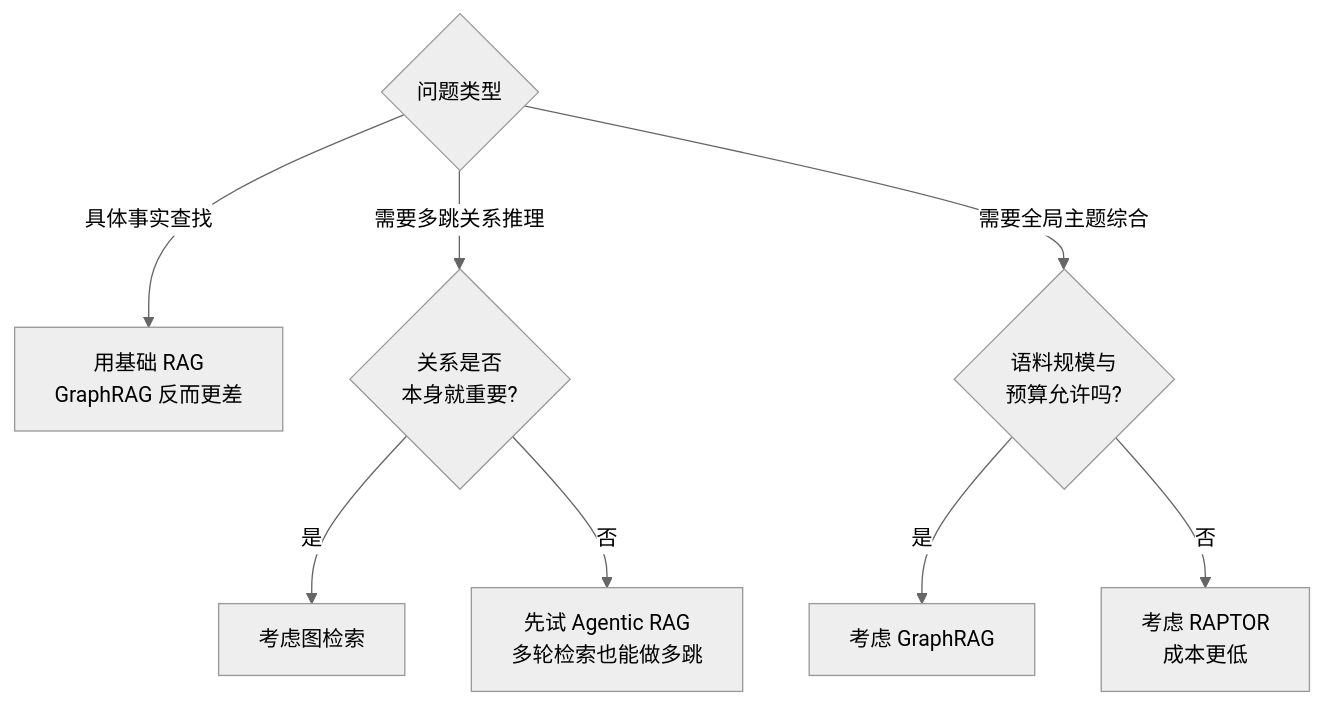
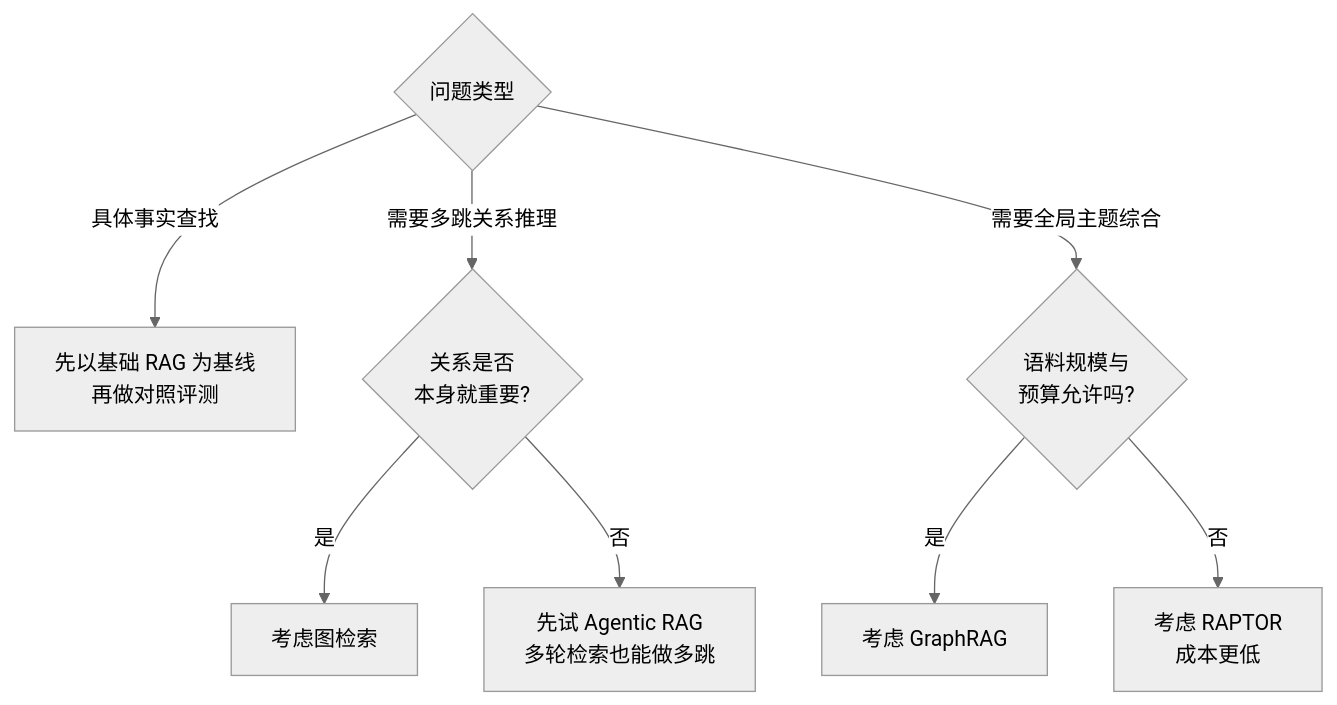
One commit to oneleaveknowsthefall/awesome-ai-roadmap changed the third of 3 diagrams in docs/rag/16-graphrag.md. Above: the diagram before and after it, drawn with Mermaid (neutral theme). The commit also changed other lines of this file and 77 other files, not shown here.

Commit message:
docs: audit and modernize the AI roadmap

````diff
--- a/docs/rag/16-graphrag.md
+++ b/docs/rag/16-graphrag.md
@@ -118,10 +118,10 @@
 ```mermaid
 flowchart TB
-    S{问题类型} -->|具体事实查找| NO[用基础 RAG<br/>GraphRAG 反而更差]
+    S{问题类型} -->|具体事实查找| NO[先以基础 RAG 为基线<br/>再做对照评测]
     S -->|需要多跳关系推理| M{关系是否<br/>本身就重要?}
     S -->|需要全局主题综合| G{语料规模与<br/>预算允许吗?}
     M -->|是| YES1[考虑图检索]
     M -->|否| ALT[先试 Agentic RAG<br/>多轮检索也能做多跳]
     G -->|是| YES2[考虑 GraphRAG]
     G -->|否| ALT2[考虑 RAPTOR<br/>成本更低]
 ```
````
